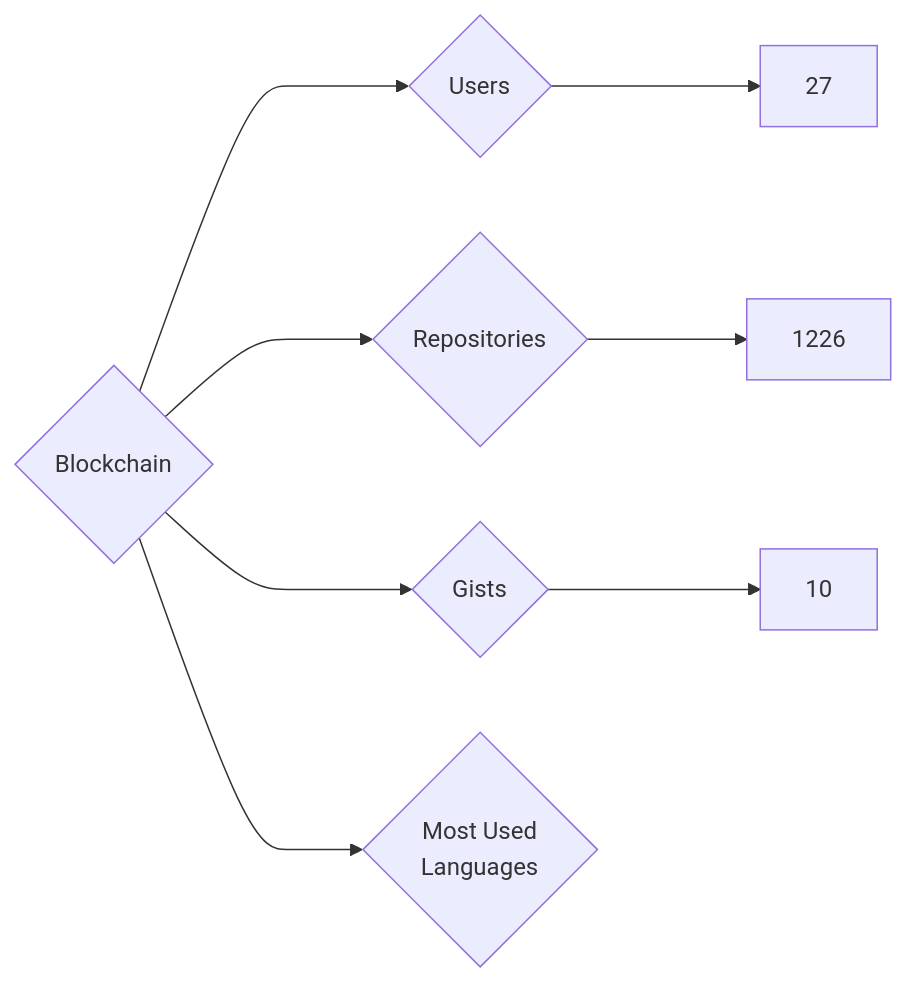
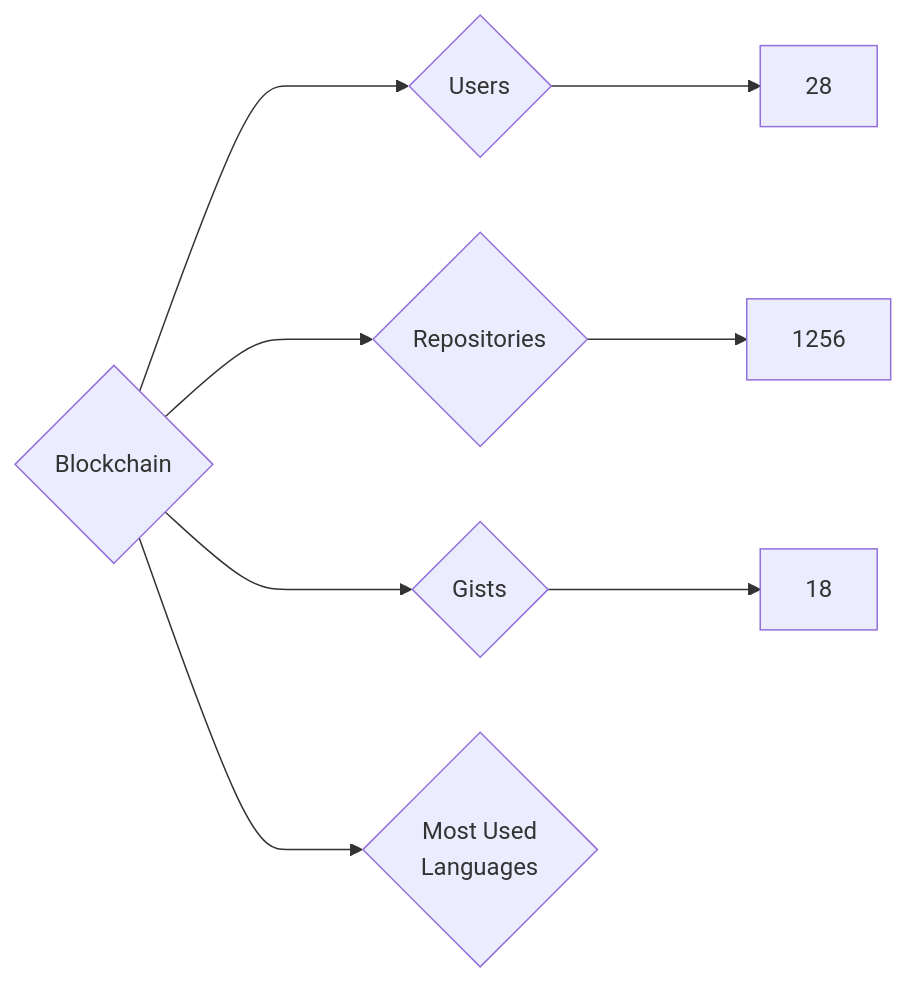
Before and after one commit to nenadzaric/insiders: the diagram in targets/Blockchain/README.md, drawn with Mermaid. The commit also changed 1342 other files, not shown here.

````diff
--- a/targets/Blockchain/README.md
+++ b/targets/Blockchain/README.md
@@ -3,8 +3,8 @@
 ```mermaid
 graph LR
 COMPANY_NAME{Blockchain}
-COMPANY_NAME ---> U{Users} ---> UN[27]
-COMPANY_NAME ---> R{Repositories} ---> RN[1226]
-COMPANY_NAME ---> G{Gists} ---> GN[10]
+COMPANY_NAME ---> U{Users} ---> UN[28]
+COMPANY_NAME ---> R{Repositories} ---> RN[1256]
+COMPANY_NAME ---> G{Gists} ---> GN[18]
 COMPANY_NAME ---> ML{Most Used<br>Languages}
 ```
````
